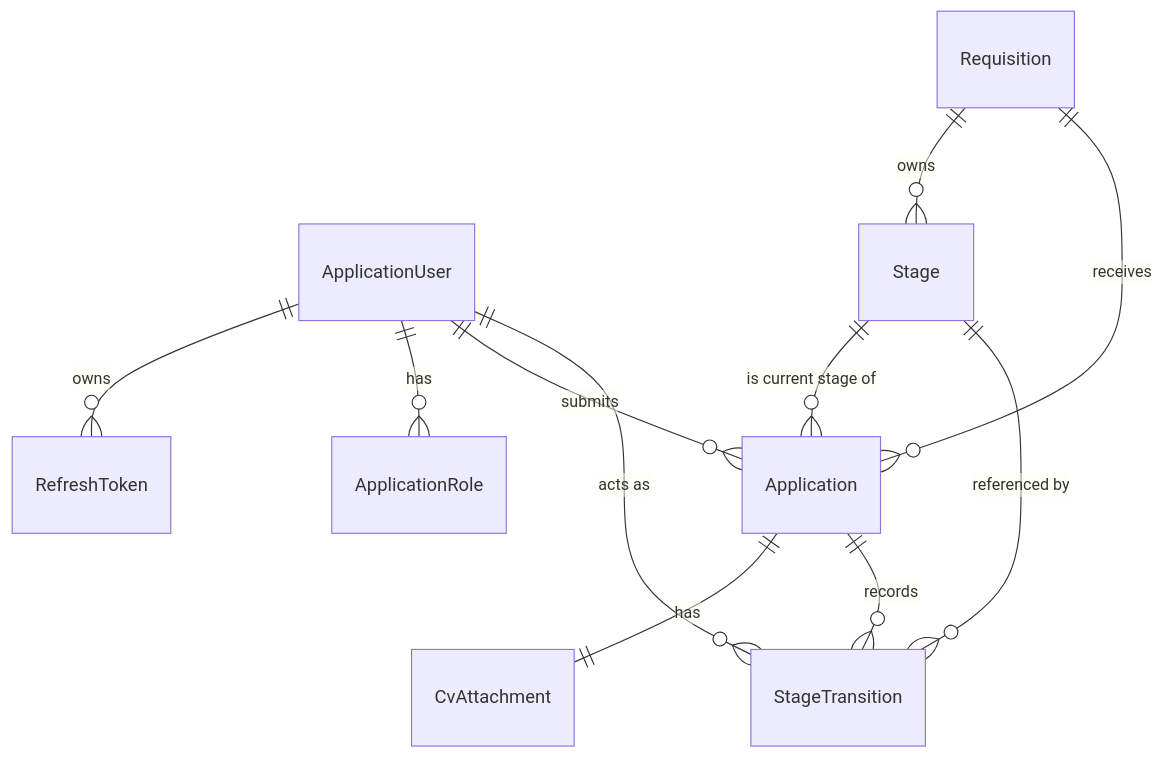
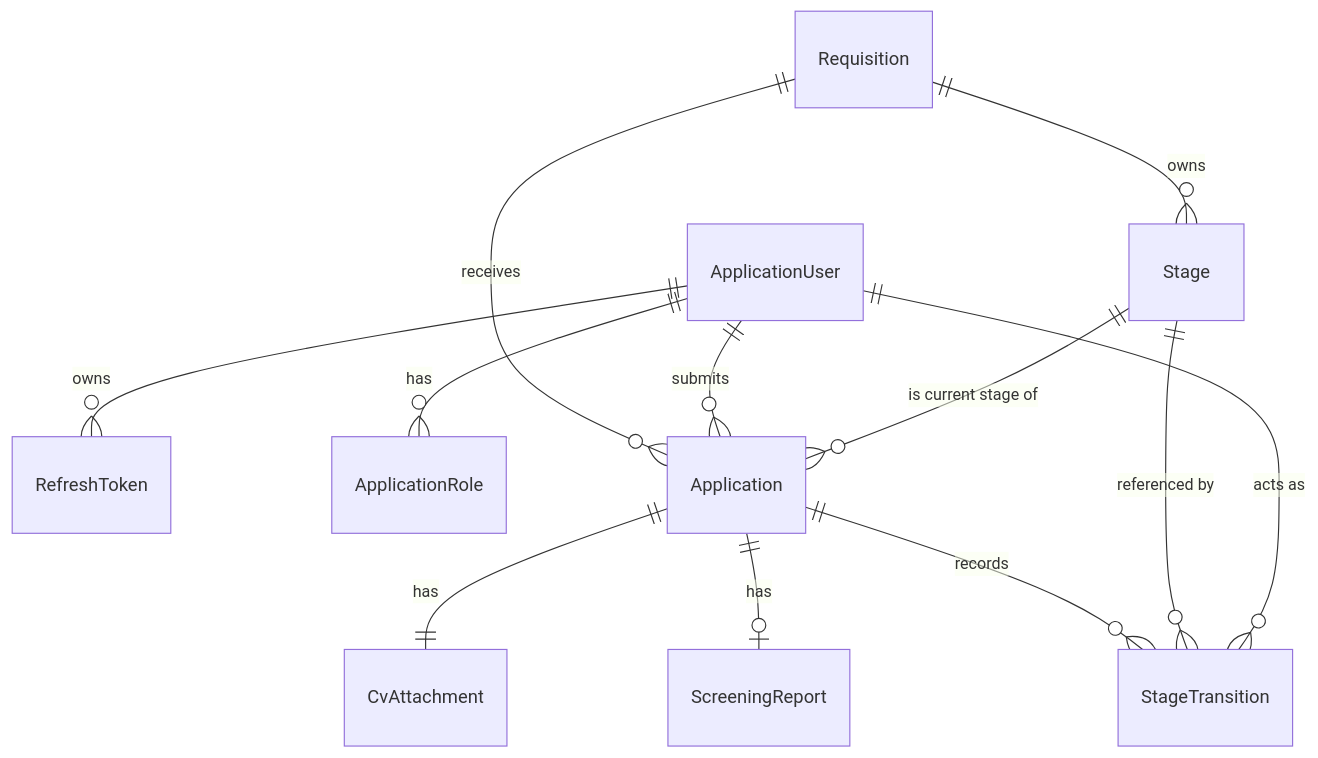
Before and after one commit to deenath400/D4FAPE_ATS: the second of 2 diagrams in docs/specs/meta/architecture.md, drawn with Mermaid. The commit also changed other lines of this file and 15 other files, not shown here.

````diff
--- a/docs/specs/meta/architecture.md
+++ b/docs/specs/meta/architecture.md
@@ -97,13 +97,14 @@
 ```mermaid
 erDiagram
   ApplicationUser ||--o{ RefreshToken : owns
   ApplicationUser ||--o{ ApplicationRole : has
   Requisition ||--o{ Stage : owns
   Requisition ||--o{ Application : receives
   ApplicationUser ||--o{ Application : submits
   Application ||--|| CvAttachment : has
+  Application ||--o| ScreeningReport : has
   Stage ||--o{ Application : "is current stage of"
   Application ||--o{ StageTransition : records
   Stage ||--o{ StageTransition : "referenced by"
   ApplicationUser ||--o{ StageTransition : "acts as"
 ```
````
